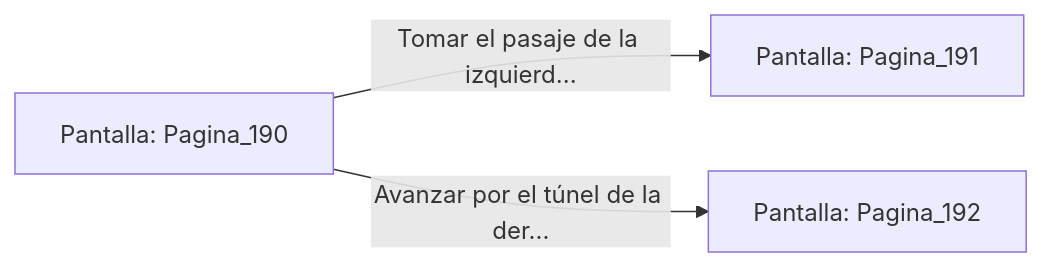
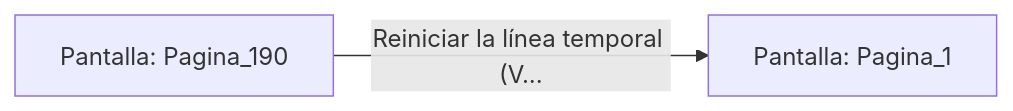
One commit to metsuke/mpl changed the diagram in sample/eligejuego-vault/Pantalla_Pagina_190.md. Above: the diagram before and after it, drawn with Mermaid. The commit also changed other lines of this file and 635 other files, not shown here.

First line of the commit message:
fix: añadir Pagina_1 como pantalla inicial en capitulo_01.mpl

````diff
--- a/sample/eligejuego-vault/Pantalla_Pagina_190.md
+++ b/sample/eligejuego-vault/Pantalla_Pagina_190.md
@@ -20,6 +17,5 @@
 ```mermaid
 graph LR
     P_Pagina_190["Pantalla: Pagina_190"]
-    P_Pagina_190 -->|"Tomar el pasaje de la izquierd..."| P_Pagina_191["Pantalla: Pagina_191"]
-    P_Pagina_190 -->|"Avanzar por el túnel de la der..."| P_Pagina_192["Pantalla: Pagina_192"]
+    P_Pagina_190 -->|"Reiniciar la línea temporal (V..."| P_Pagina_1["Pantalla: Pagina_1"]
 ```
````
